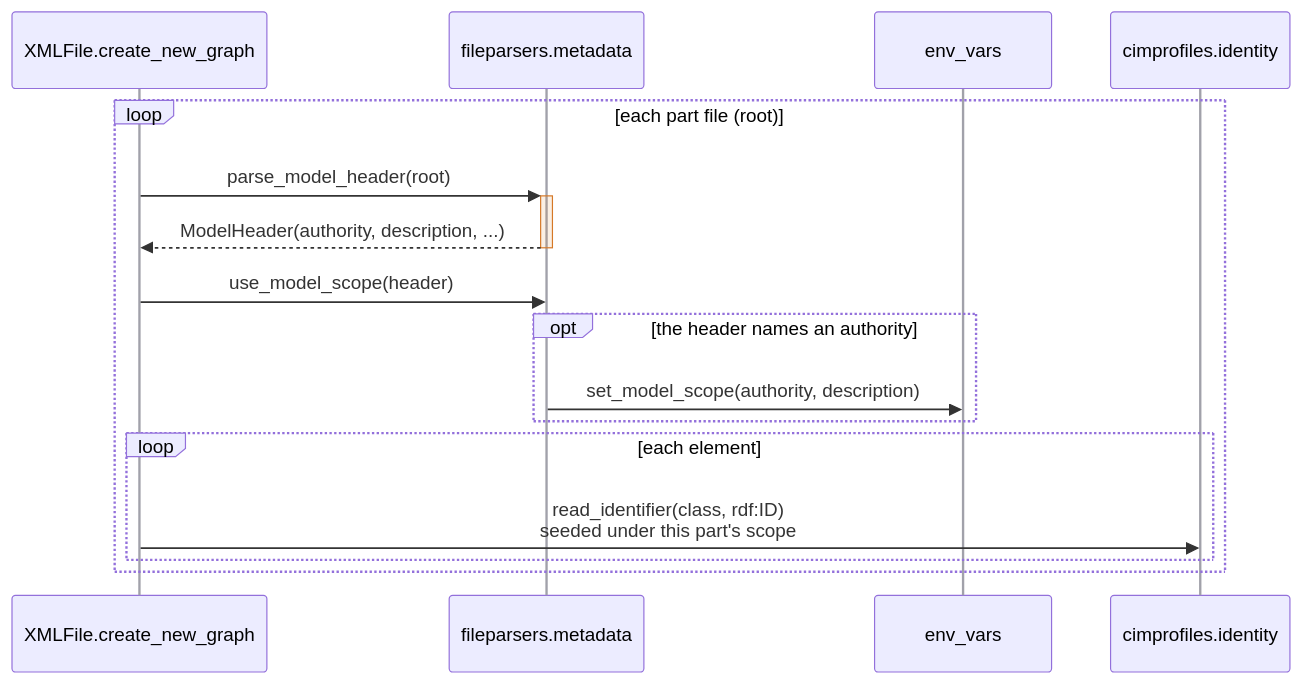
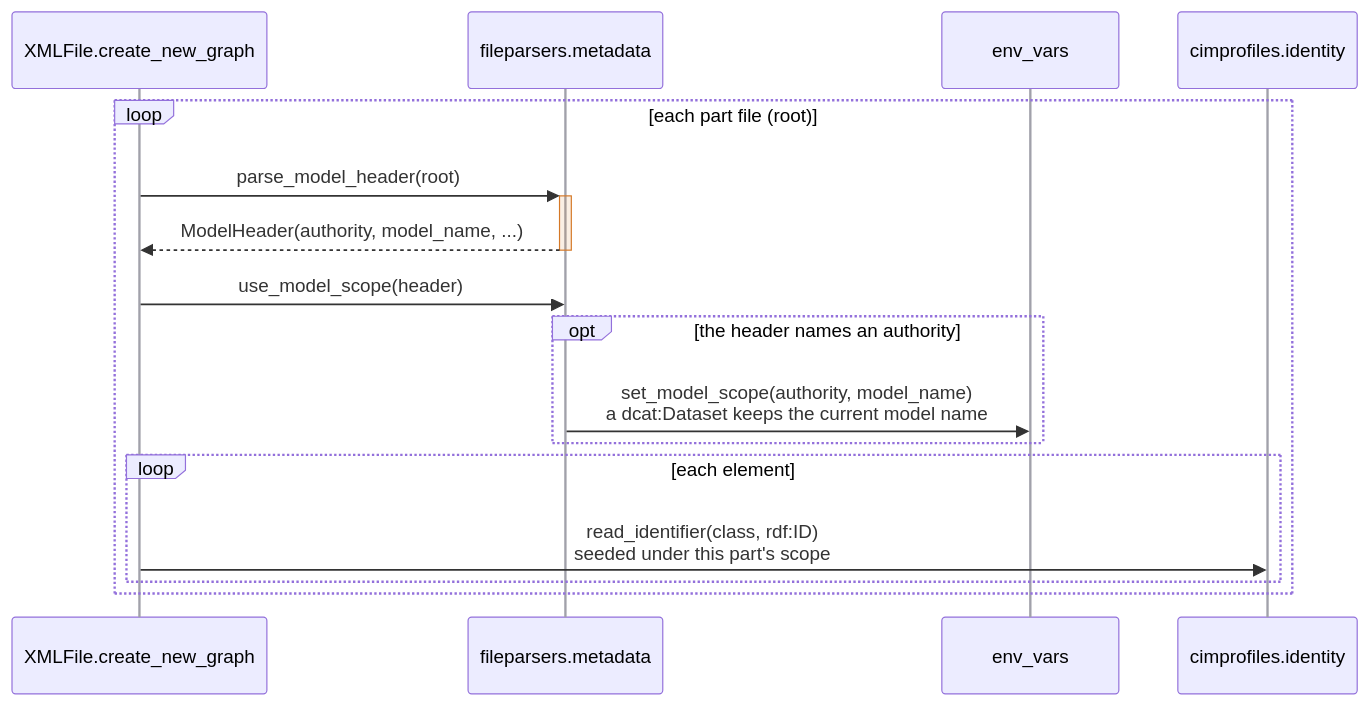
One commit to PNNL-CIM-Tools/CIM-Graph changed the second of 2 diagrams in docs/developer/profiles.md. Above: the diagram before and after it, drawn with Mermaid. The commit also changed 11 other files, not shown here.

````diff
--- a/docs/developer/profiles.md
+++ b/docs/developer/profiles.md
@@ -83,20 +83,20 @@
 ```mermaid
 %%{init: {"themeVariables": {"actorLineColor": "#a1a1aa", "activationBkgColor": "#d578261f", "activationBorderColor": "#d57826"}}}%%
 sequenceDiagram
     participant x as XMLFile.create_new_graph
     participant md as fileparsers.metadata
     participant env as env_vars
     participant id as cimprofiles.identity
 
     loop each part file (root)
         x ->>+ md: parse_model_header(root)
-        md -->>- x: ModelHeader(authority, description, ...)
+        md -->>- x: ModelHeader(authority, model_name, ...)
         x ->> md: use_model_scope(header)
         opt the header names an authority
-            md ->> env: set_model_scope(authority, description)
+            md ->> env: set_model_scope(authority, model_name)<br/>a dcat:Dataset keeps the current model name
         end
         loop each element
             x ->> id: read_identifier(class, rdf:ID)<br/>seeded under this part's scope
         end
     end
 ```
````
